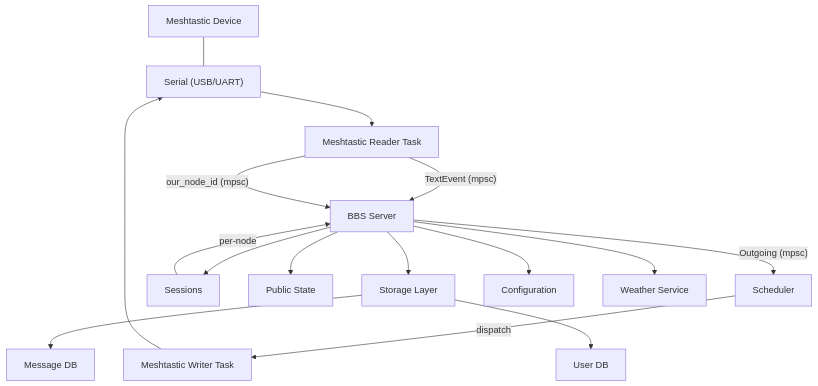
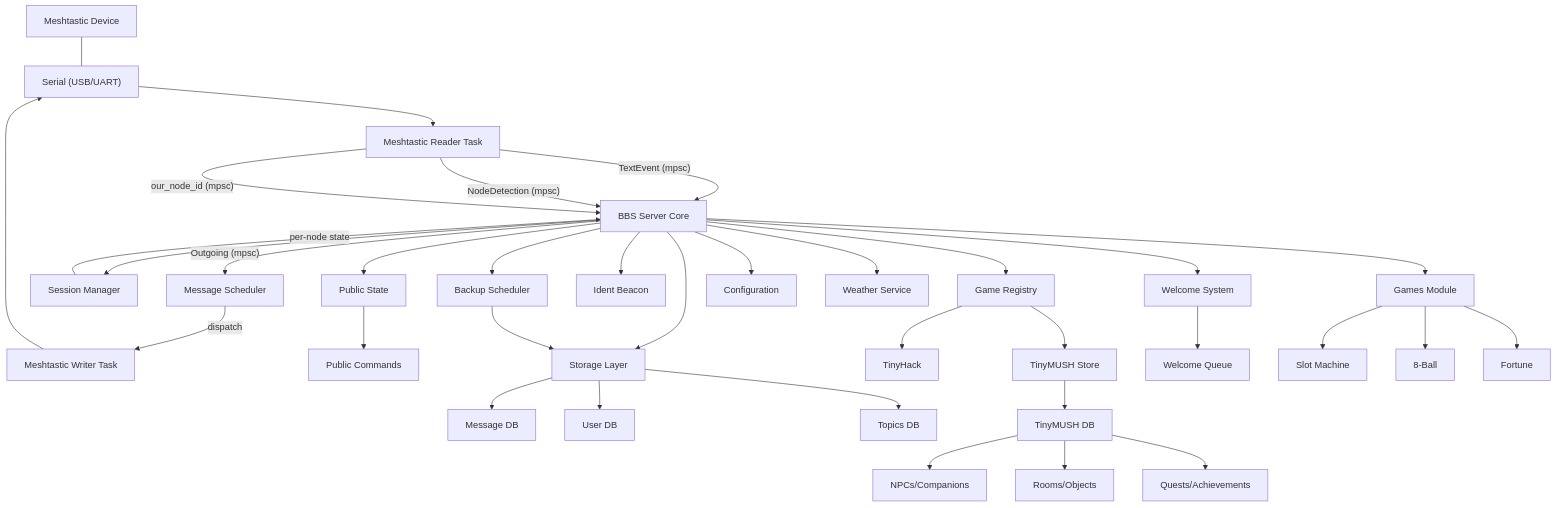
One commit to smartyhall/meshbbs changed the diagram in README.md. Above: the diagram before and after it, drawn with Mermaid. The commit also changed other lines of this file and 3 other files, not shown here.

````diff
--- a/README.md
+++ b/README.md
@@ -535,26 +533,53 @@
 ```mermaid
 graph TD
    M["Meshtastic Device"]
    SIO["Serial (USB/UART)"]
    R["Meshtastic Reader Task"]
    W["Meshtastic Writer Task"]
 
    M --- SIO
    SIO --> R
    W --> SIO
 
-   R -- "TextEvent (mpsc)" --> SV["BBS Server"]
+   R -- "TextEvent (mpsc)" --> SV["BBS Server Core"]
+   R -- "NodeDetection (mpsc)" --> SV
    R -- "our_node_id (mpsc)" --> SV
 
-   SV -- "Outgoing (mpsc)" --> SCH["Scheduler"]
-   SCH -- dispatch --> W
+   SV -- "Outgoing (mpsc)" --> SCH["Message Scheduler"]
+   SCH -- "dispatch" --> W
 
-   SV --> SESS["Sessions"]
-   SESS -->|per-node| SV
+   SV --> SESS["Session Manager"]
+   SESS -->|"per-node state"| SV
+   
    SV --> PST["Public State"]
+   PST --> PCOM["Public Commands"]
+   
    SV --> STOR["Storage Layer"]
    STOR --> MSGDB["Message DB"]
    STOR --> USERDB["User DB"]
+   STOR --> TOPICDB["Topics DB"]
+   
+   SV --> GREG["Game Registry"]
+   GREG --> TH["TinyHack"]
+   GREG --> TMUSH["TinyMUSH Store"]
+   TMUSH --> TMDB["TinyMUSH DB"]
+   TMDB --> NPC["NPCs/Companions"]
+   TMDB --> ROOMS["Rooms/Objects"]
+   TMDB --> QUESTS["Quests/Achievements"]
+   
+   SV --> WEL["Welcome System"]
+   WEL --> WELQ["Welcome Queue"]
+   
+   SV --> IB["Ident Beacon"]
+   
+   SV --> BSCH["Backup Scheduler"]
+   BSCH --> STOR
+   
    SV --> CFG["Configuration"]
    SV --> WX["Weather Service"]
+   
+   SV --> GAMES["Games Module"]
+   GAMES --> SLOT["Slot Machine"]
+   GAMES --> BALL["8-Ball"]
+   GAMES --> FORT["Fortune"]
 ```
````
